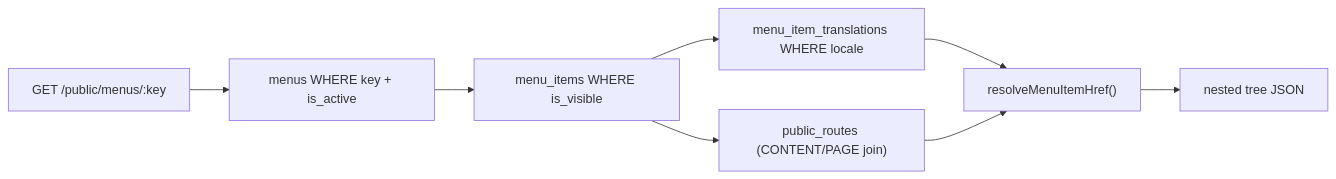
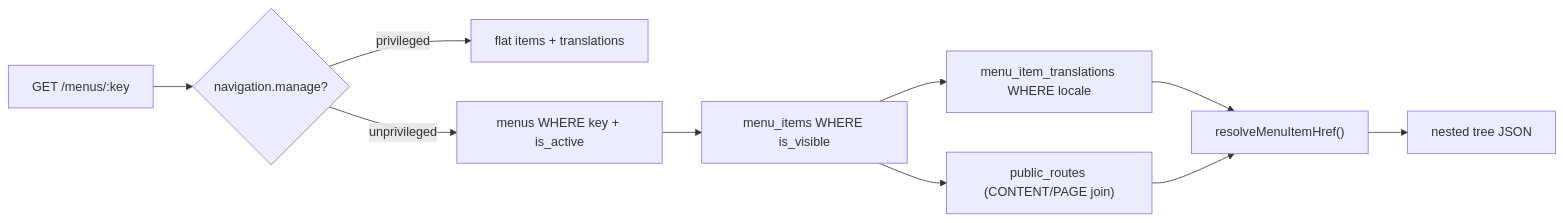
One commit to tan-tao-university/ttu-platform changed the diagram in docs/architecture/navigation.md. Above: the diagram before and after it, drawn with Mermaid. The commit also changed other lines of this file and 46 other files, not shown here.

````diff
--- a/docs/architecture/navigation.md
+++ b/docs/architecture/navigation.md
@@ -35,10 +36,12 @@
 ```mermaid
 graph LR
-    C["GET /public/menus/:key"] --> M["menus WHERE key + is_active"]
+    C["GET /menus/:key"] --> P{"navigation.manage?"}
+    P -->|privileged| F["flat items + translations"]
+    P -->|unprivileged| M["menus WHERE key + is_active"]
     M --> I["menu_items WHERE is_visible"]
     I --> T["menu_item_translations WHERE locale"]
     I --> R["public_routes (CONTENT/PAGE join)"]
     T --> H["resolveMenuItemHref()"]
     R --> H
     H --> J["nested tree JSON"]
 ```
````
